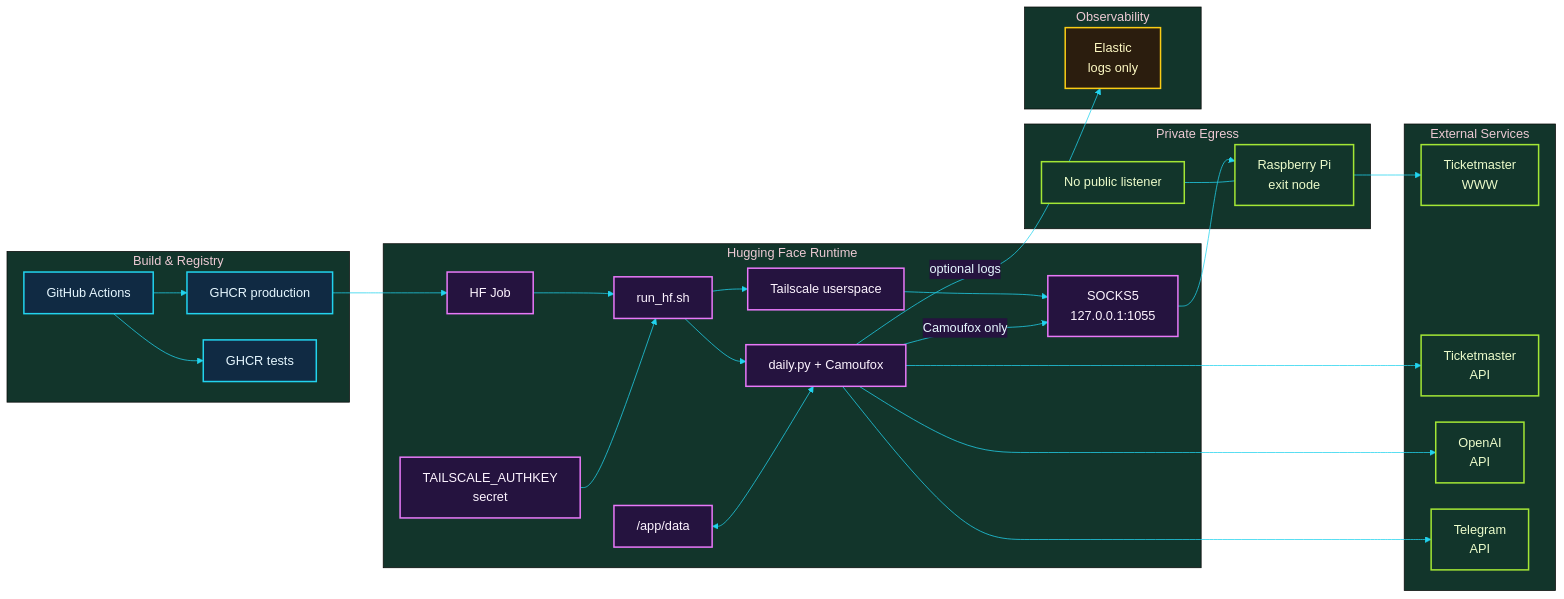
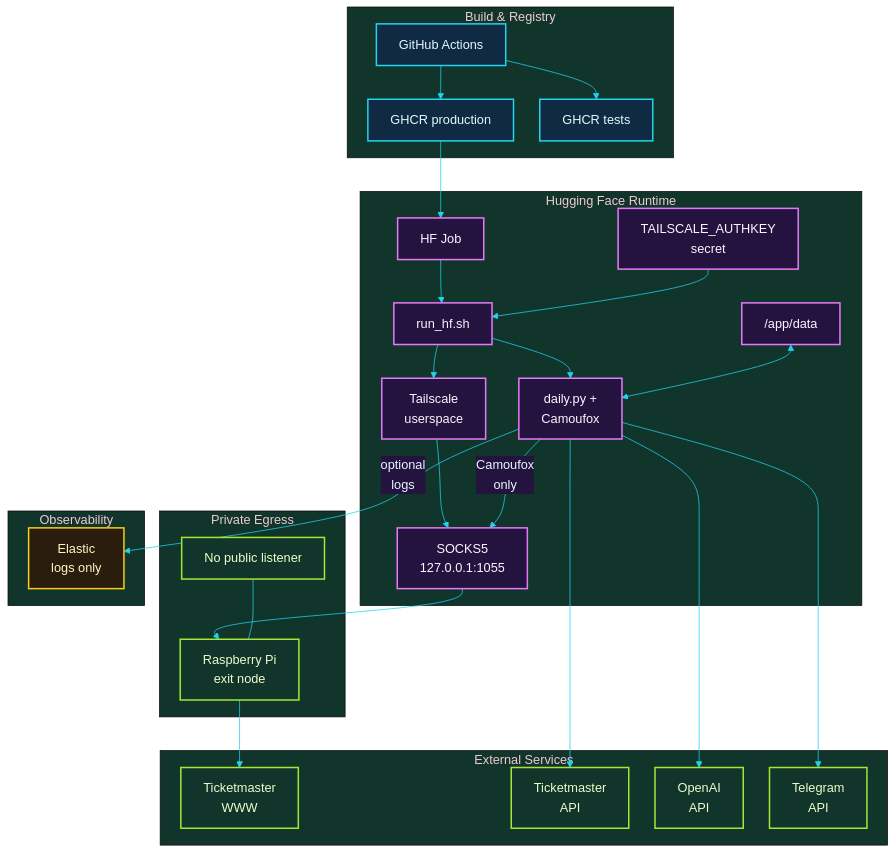
The third of 3 diagrams in docs/architecture.md (michalmarczuk/event-agent), drawn with Mermaid before and after one commit. The commit also changed other lines of this file and 6 other files, not shown here.

Commit message:
Simplify README product flow for newcomers

````diff
--- a/docs/architecture.md
+++ b/docs/architecture.md
@@ -403,50 +403,50 @@
 ```mermaid
 %%{init: {'theme': 'base', 'themeVariables': {'background': '#07111f', 'primaryColor': '#102a43', 'primaryTextColor': '#e6f7ff', 'primaryBorderColor': '#22d3ee', 'secondaryColor': '#25133f', 'tertiaryColor': '#12352b', 'lineColor': '#22d3ee', 'fontFamily': 'ui-sans-serif, system-ui', 'fontSize': '17px'}, 'flowchart': {'nodeSpacing': 35, 'rankSpacing': 45}}}%%
-flowchart LR
+flowchart TB
     subgraph build["Build & Registry"]
         gha["GitHub Actions"] --> ghcr["GHCR production"]
         gha --> ghcr_tests["GHCR tests"]
     end
 
     subgraph hf["Hugging Face Runtime"]
         job["HF Job"] --> wrapper["run_hf.sh"]
-        authkey["TAILSCALE_AUTHKEY\nsecret"] --> wrapper
-        wrapper --> app["daily.py + Camoufox"]
-        wrapper --> tailscale["Tailscale userspace"]
-        tailscale --> socks["SOCKS5\n127.0.0.1:1055"]
+        authkey["TAILSCALE_AUTHKEY<br/>secret"] --> wrapper
+        wrapper --> app["daily.py +<br/>Camoufox"]
+        wrapper --> tailscale["Tailscale<br/>userspace"]
+        tailscale --> socks["SOCKS5<br/>127.0.0.1:1055"]
         storage["/app/data"] <--> app
     end
 
     subgraph egress["Private Egress"]
-        socks --> exit_node["Raspberry Pi\nexit node"]
+        socks --> exit_node["Raspberry Pi<br/>exit node"]
         private["No public listener"] --- exit_node
     end
 
     subgraph external["External Services"]
         tm_web["Ticketmaster<br/>WWW"]
         tm_api["Ticketmaster<br/>API"]
         openai["OpenAI<br/>API"]
         telegram["Telegram<br/>API"]
     end
 
     subgraph observability["Observability"]
         elastic["Elastic<br/>logs only"]
     end
 
     ghcr --> job
-    app -->|"Camoufox only"| socks
+    app -->|"Camoufox<br/>only"| socks
     exit_node --> tm_web
     app --> tm_api
     app --> openai
     app --> telegram
-    app -->|"optional logs"| elastic
+    app -->|"optional<br/>logs"| elastic
 
     classDef build fill:#102a43,stroke:#22d3ee,color:#e6f7ff,stroke-width:2px;
     classDef runtime fill:#25133f,stroke:#e879f9,color:#fdf4ff,stroke-width:2px;
     classDef success fill:#12352b,stroke:#a3e635,color:#ecfccb,stroke-width:2px;
     classDef observability fill:#2b1d0e,stroke:#facc15,color:#fef9c3,stroke-width:2px;
     class gha,ghcr,ghcr_tests build;
     class job,wrapper,authkey,app,tailscale,socks,storage runtime;
     class exit_node,private,tm_web,tm_api,openai,telegram success;
     class elastic observability;
 ```
````
